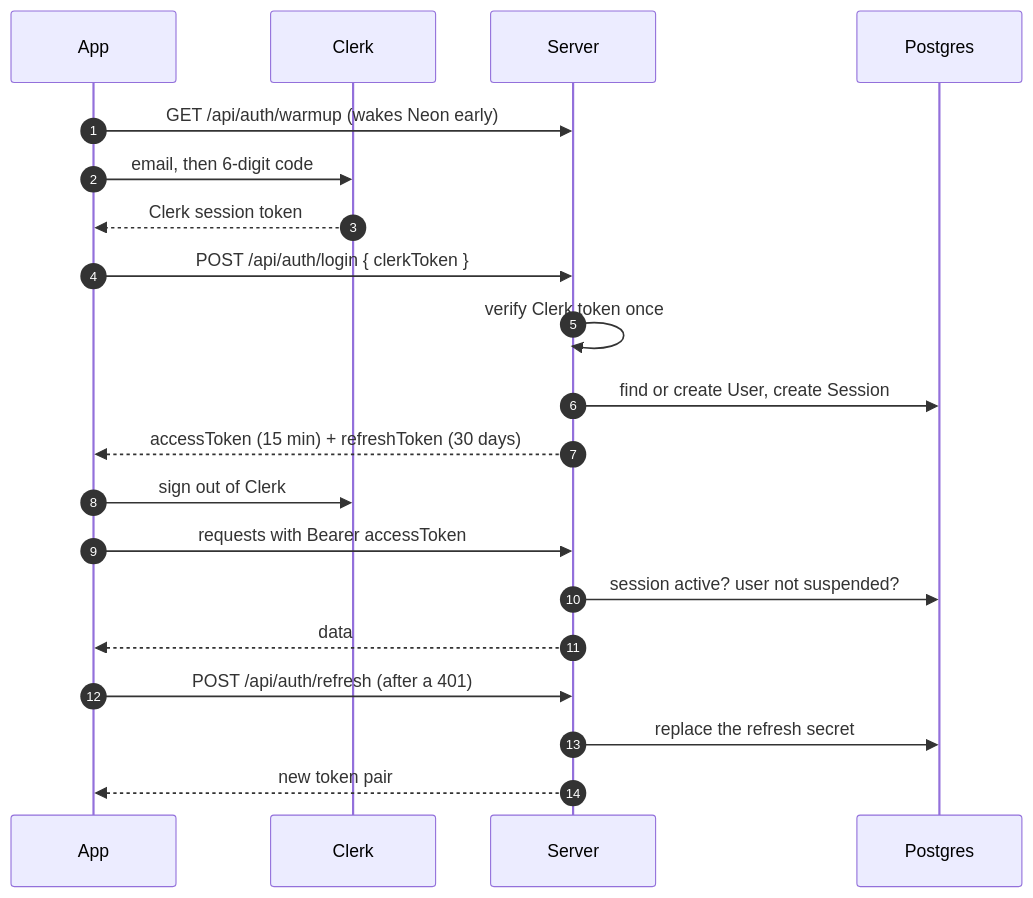
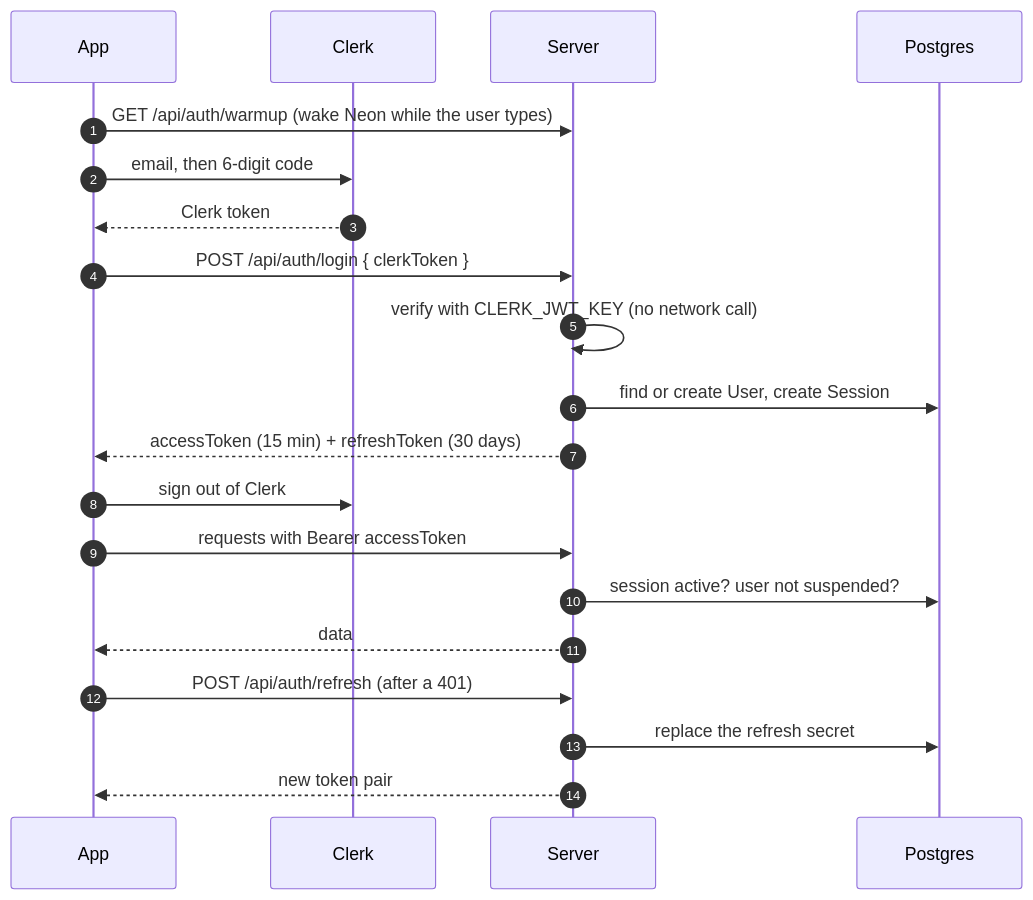
Before and after one commit to yatinsingh2007/HopShare: the fifth of 14 diagrams in README.md, drawn with Mermaid. The commit also changed other lines of this file and 5 other files, not shown here.

````diff
--- a/README.md
+++ b/README.md
@@ -103,25 +220,25 @@
 ```mermaid
 sequenceDiagram
     autonumber
     participant App
     participant Clerk
     participant API as Server
     participant DB as Postgres
 
-    App->>API: GET /api/auth/warmup (wakes Neon early)
+    App->>API: GET /api/auth/warmup (wake Neon while the user types)
     App->>Clerk: email, then 6-digit code
-    Clerk-->>App: Clerk session token
+    Clerk-->>App: Clerk token
     App->>API: POST /api/auth/login { clerkToken }
-    API->>API: verify Clerk token once
+    API->>API: verify with CLERK_JWT_KEY (no network call)
     API->>DB: find or create User, create Session
     API-->>App: accessToken (15 min) + refreshToken (30 days)
     App->>Clerk: sign out of Clerk
 
     App->>API: requests with Bearer accessToken
     API->>DB: session active? user not suspended?
     API-->>App: data
 
     App->>API: POST /api/auth/refresh (after a 401)
     API->>DB: replace the refresh secret
     API-->>App: new token pair
 ```
````
